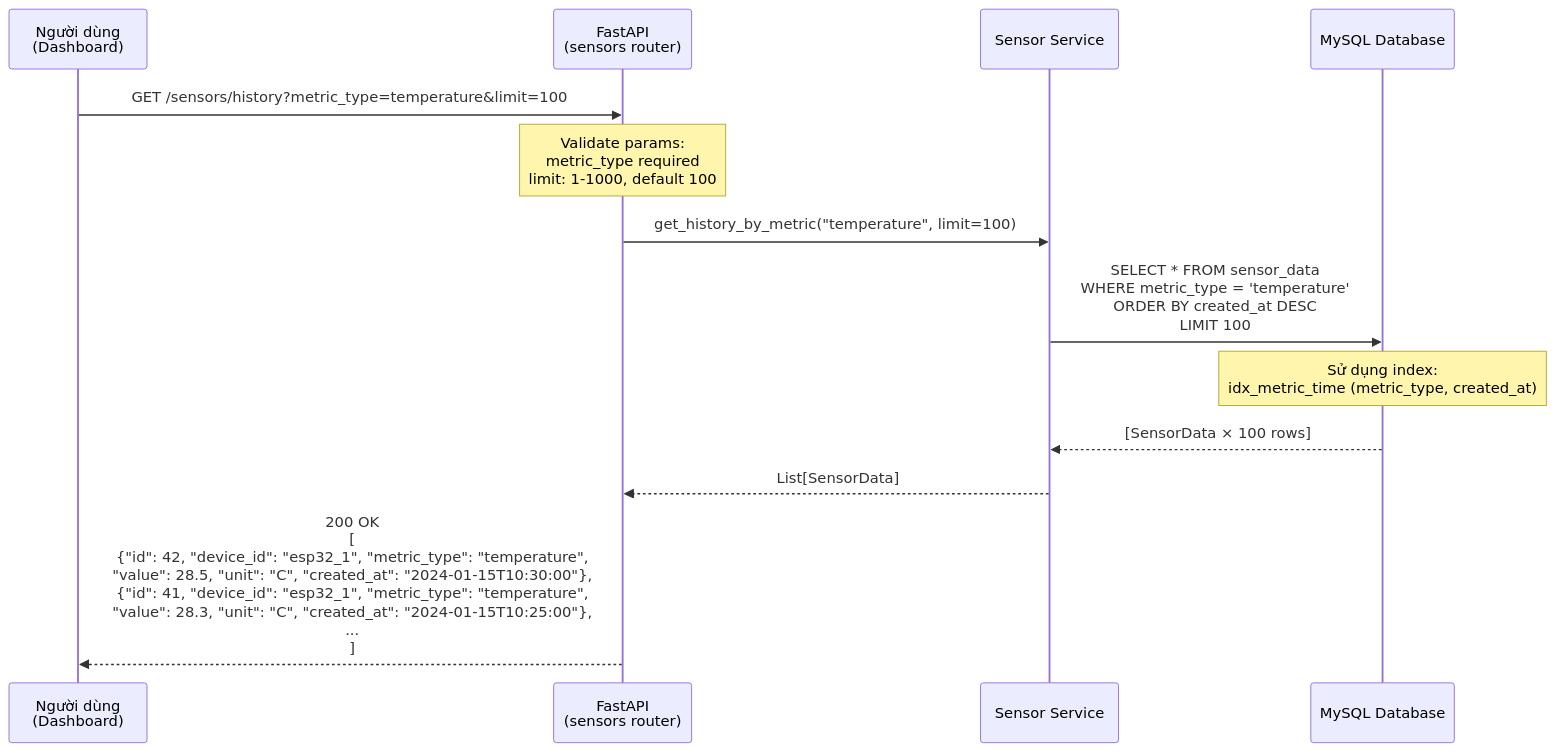
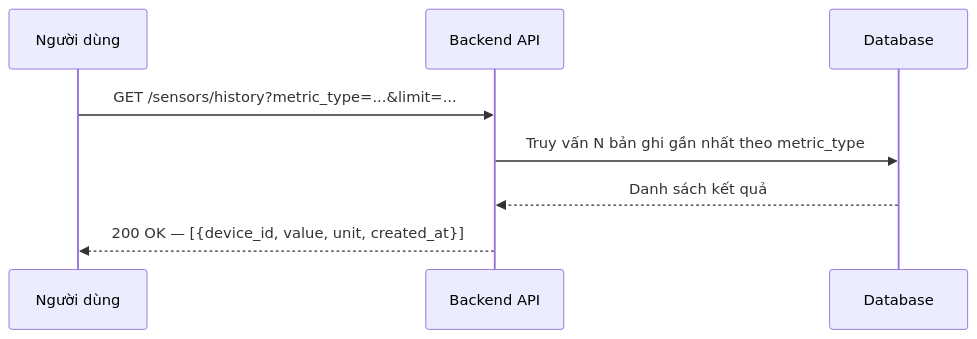
The fourth of 7 diagrams in docs/sequence-diagrams.md (sson6926/BTL-HeTHongNhung), drawn with Mermaid before and after one commit. The commit also changed other lines of this file and 9 other files, not shown here.

````diff
--- a/docs/sequence-diagrams.md
+++ b/docs/sequence-diagrams.md
@@ -155,23 +96,11 @@
 ```mermaid
 sequenceDiagram
-    participant User as Người dùng<br/>(Dashboard)
-    participant API as FastAPI<br/>(sensors router)
-    participant SVC as Sensor Service
-    participant DB as MySQL Database
+    participant User as Người dùng
+    participant API as Backend API
+    participant DB as Database
 
-    User->>API: GET /sensors/history?metric_type=temperature&limit=100
-
-    Note over API: Validate params:<br/>metric_type required<br/>limit: 1-1000, default 100
-
-    API->>SVC: get_history_by_metric("temperature", limit=100)
-
-    SVC->>DB: SELECT * FROM sensor_data<br/>WHERE metric_type = 'temperature'<br/>ORDER BY created_at DESC<br/>LIMIT 100
-
-    Note over DB: Sử dụng index:<br/>idx_metric_time (metric_type, created_at)
-
-    DB-->>SVC: [SensorData × 100 rows]
-
-    SVC-->>API: List[SensorData]
-
-    API-->>User: 200 OK<br/>[<br/>  {"id": 42, "device_id": "esp32_1", "metric_type": "temperature",<br/>   "value": 28.5, "unit": "C", "created_at": "2024-01-15T10:30:00"},<br/>  {"id": 41, "device_id": "esp32_1", "metric_type": "temperature",<br/>   "value": 28.3, "unit": "C", "created_at": "2024-01-15T10:25:00"},<br/>  ...<br/>]
+    User->>API: GET /sensors/history?metric_type=...&limit=...
+    API->>DB: Truy vấn N bản ghi gần nhất theo metric_type
+    DB-->>API: Danh sách kết quả
+    API-->>User: 200 OK — [{device_id, value, unit, created_at}]
 ```
````
